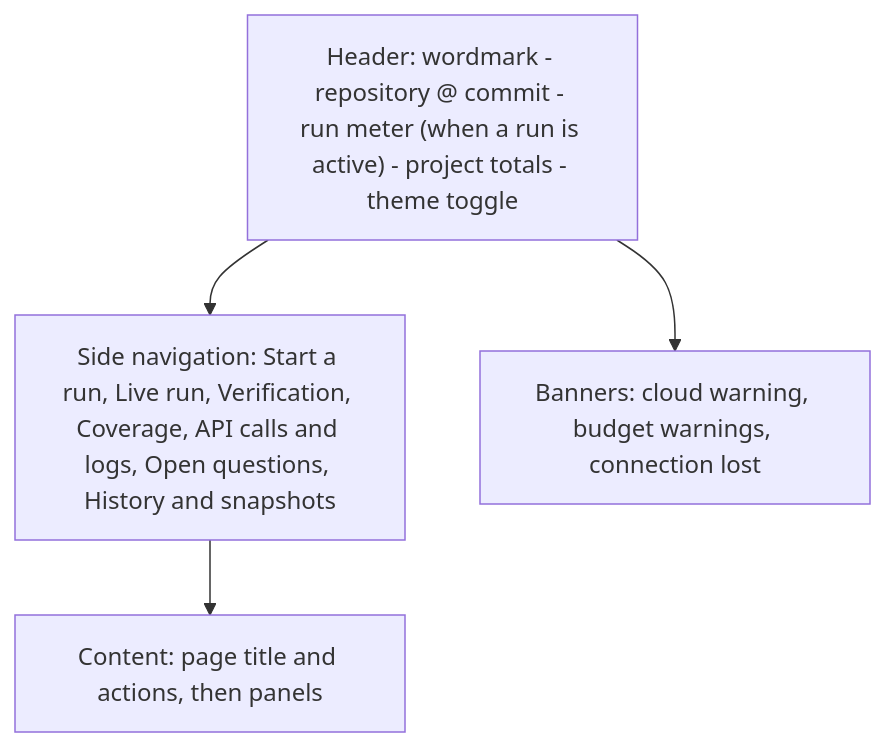
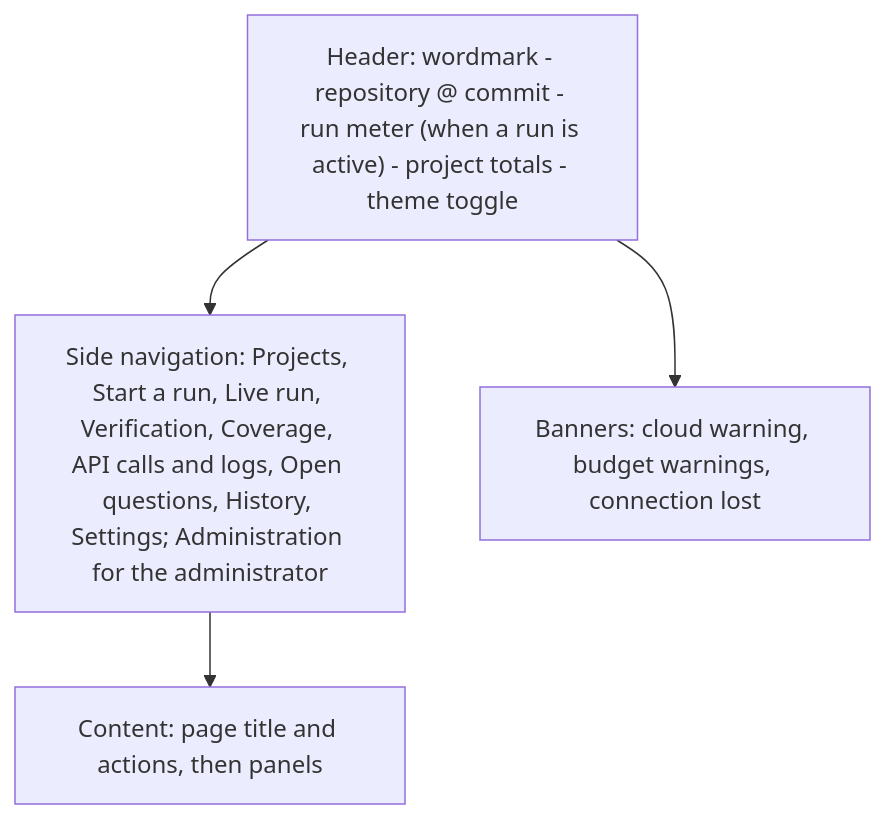
Before and after one commit to blacklight0101/Rosetta: the diagram in docs/design-system.md, drawn with Mermaid. The commit also changed other lines of this file and 33 other files, not shown here.

````diff
--- a/docs/design-system.md
+++ b/docs/design-system.md
@@ -116,9 +116,9 @@
 ```mermaid
 flowchart TB
   H["Header: wordmark - repository @ commit - run meter (when a run is active) - project totals - theme toggle"]
-  N["Side navigation: Start a run, Live run, Verification, Coverage, API calls and logs, Open questions, History and snapshots"]
+  N["Side navigation: Projects, Start a run, Live run, Verification, Coverage, API calls and logs, Open questions, History, Settings; Administration for the administrator"]
   C["Content: page title and actions, then panels"]
   B["Banners: cloud warning, budget warnings, connection lost"]
   H --> N --> C
   H --> B
 ```
````
